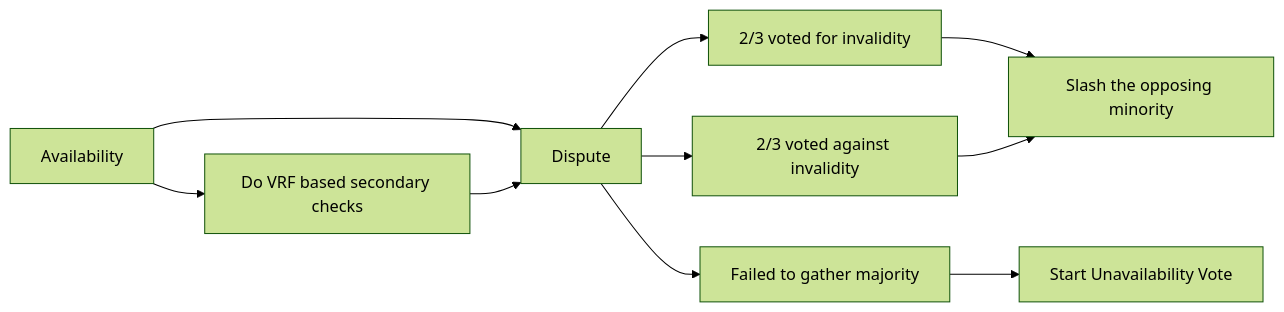
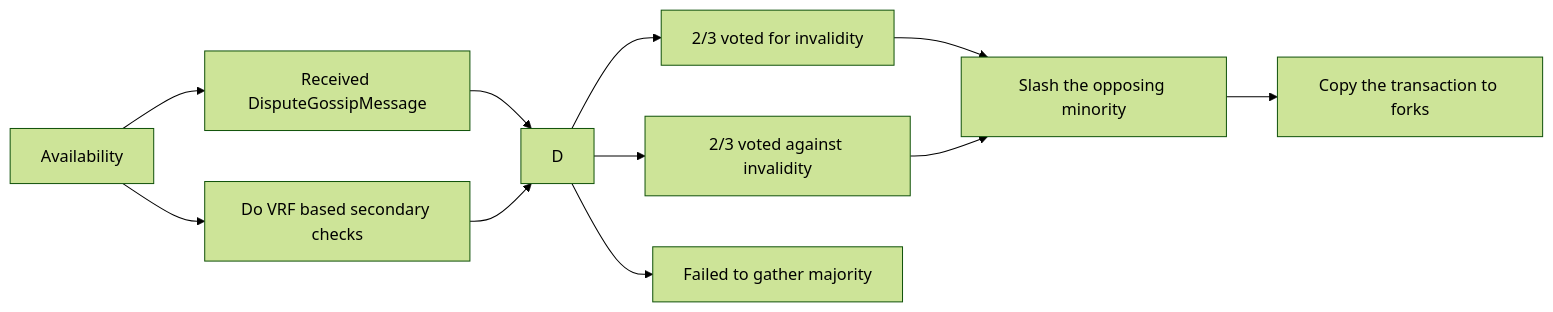
Before and after one commit to paritytech/polkadot: the second of 6 diagrams in roadmap/implementers-guide/src/runtime/disputes.md, drawn with Mermaid (forest theme). The commit also changed other lines of this file, not shown here.

Commit message:
dispute: refactor, clarify, more unification

````diff
--- a/roadmap/implementers-guide/src/runtime/disputes.md
+++ b/roadmap/implementers-guide/src/runtime/disputes.md
@@ -121,12 +104,13 @@
 ```mermaid
 graph LR;
-    A[Availability]-->D[Dispute]
+    A[Availability]-->X[Received DisputeGossipMessage]
+    X-->D
     A-->S[Do VRF based secondary checks]
     S-->D
     D-->SP[2/3 voted for invalidity]
     D-->SC[2/3 voted against invalidity]
     SP-->SM[Slash the opposing minority]
+    SM-->Copy[Copy the transaction to forks]
     SC-->SM
     D-->NM[Failed to gather majority]
-    NM-->UV[Start Unavailability Vote]
 ```
````
